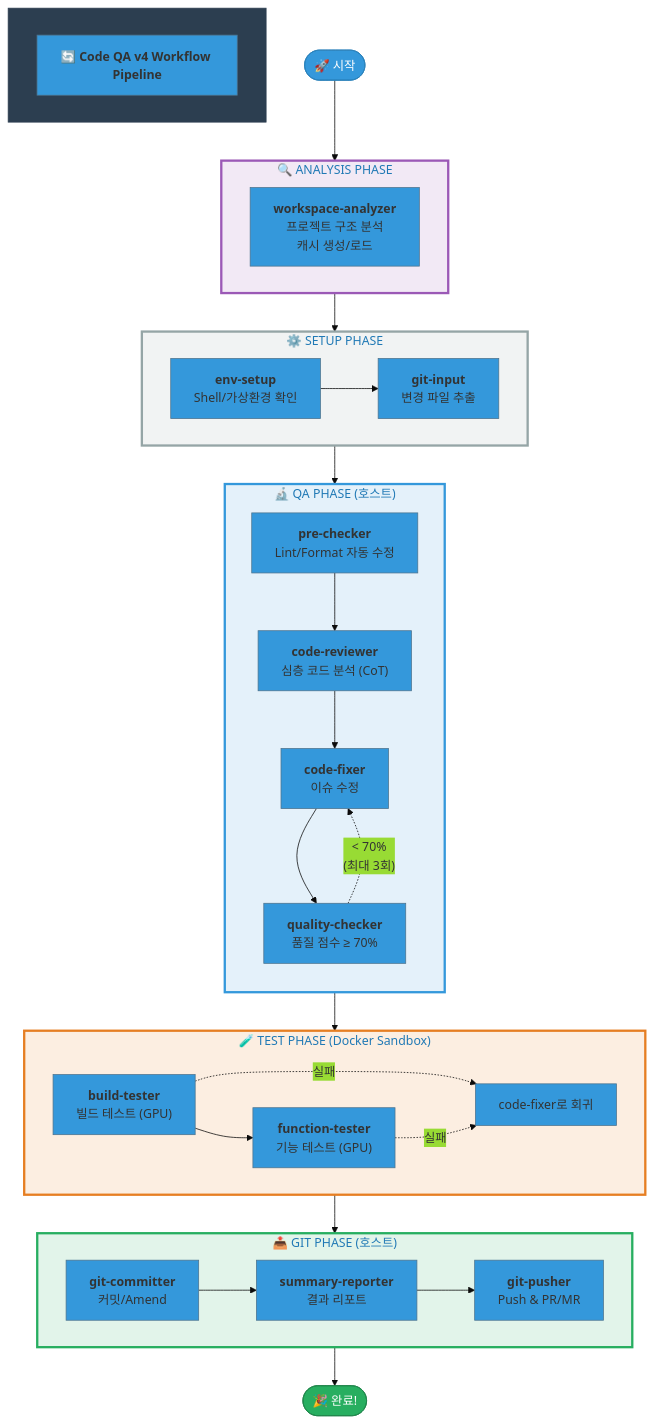
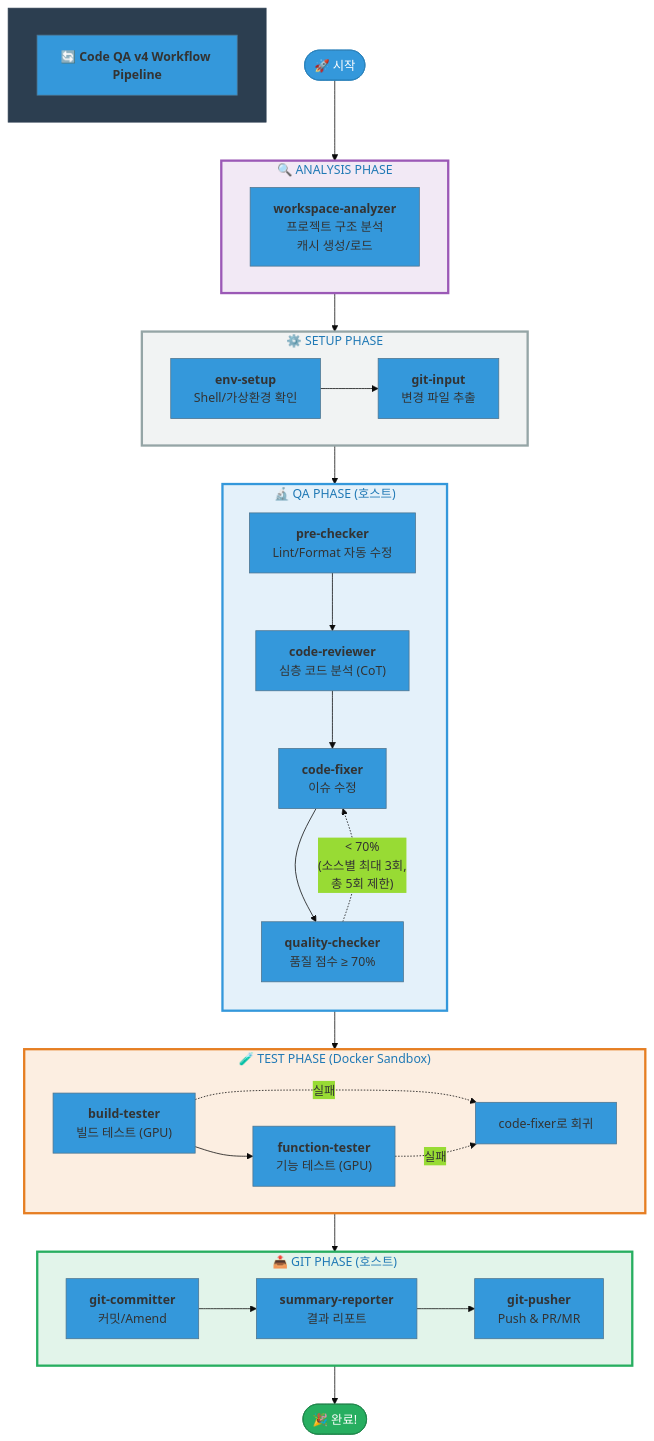
The diagram in docs/diagrams/code-qa-v4-timeline.mmd (KIMSUNGHOON/opencode), drawn with Mermaid before and after one commit. The commit also changed 7 other files, not shown here.

```diff
--- a/docs/diagrams/code-qa-v4-timeline.mmd
+++ b/docs/diagrams/code-qa-v4-timeline.mmd
@@ -1,66 +1,66 @@
 %%{init: {'theme': 'base', 'themeVariables': { 'fontSize': '16px', 'primaryColor': '#3498DB'}}}%%
 
 flowchart TB
     subgraph HEADER[" "]
         direction LR
         TITLE["<b>🔄 Code QA v4 Workflow Pipeline</b>"]
     end
 
     START(["🚀 시작"])
 
     subgraph ANALYSIS["🔍 ANALYSIS PHASE"]
         direction LR
         WA["<b>workspace-analyzer</b><br/>프로젝트 구조 분석<br/>캐시 생성/로드"]
     end
 
     subgraph SETUP["⚙️ SETUP PHASE"]
         direction LR
         ES["<b>env-setup</b><br/>Shell/가상환경 확인"]
         GI["<b>git-input</b><br/>변경 파일 추출"]
         ES --> GI
     end
 
     subgraph QA["🔬 QA PHASE (호스트)"]
         direction TB
         PC["<b>pre-checker</b><br/>Lint/Format 자동 수정"]
         CR["<b>code-reviewer</b><br/>심층 코드 분석 (CoT)"]
         CF["<b>code-fixer</b><br/>이슈 수정"]
         QC["<b>quality-checker</b><br/>품질 점수 ≥ 70%"]
         PC --> CR --> CF --> QC
-        QC -.->|"< 70%<br/>(최대 3회)"| CF
+        QC -.->|"< 70%<br/>(소스별 최대 3회,<br/>총 5회 제한)"| CF
     end
 
     subgraph TEST["🧪 TEST PHASE (Docker Sandbox)"]
         direction LR
         BT["<b>build-tester</b><br/>빌드 테스트 (GPU)"]
         FT["<b>function-tester</b><br/>기능 테스트 (GPU)"]
         BT --> FT
         BT -.->|"실패"| CF2["code-fixer로 회귀"]
         FT -.->|"실패"| CF2
     end
 
     subgraph GIT["📤 GIT PHASE (호스트)"]
         direction LR
         GC["<b>git-committer</b><br/>커밋/Amend"]
         SR["<b>summary-reporter</b><br/>결과 리포트"]
         GP["<b>git-pusher</b><br/>Push & PR/MR"]
         GC --> SR --> GP
     end
 
     DONE(["🎉 완료!"])
 
     START --> ANALYSIS
     ANALYSIS --> SETUP
     SETUP --> QA
     QA --> TEST
     TEST --> GIT
     GIT --> DONE
 
     style HEADER fill:#2C3E50,stroke:#2C3E50,color:#fff
     style ANALYSIS fill:#9B59B622,stroke:#9B59B6,stroke-width:3px
     style SETUP fill:#95A5A622,stroke:#95A5A6,stroke-width:3px
     style QA fill:#3498DB22,stroke:#3498DB,stroke-width:3px
     style TEST fill:#E67E2222,stroke:#E67E22,stroke-width:3px
     style GIT fill:#27AE6022,stroke:#27AE60,stroke-width:3px
     style START fill:#3498DB,stroke:#2980B9,color:#fff
     style DONE fill:#27AE60,stroke:#1E8449,color:#fff
```
